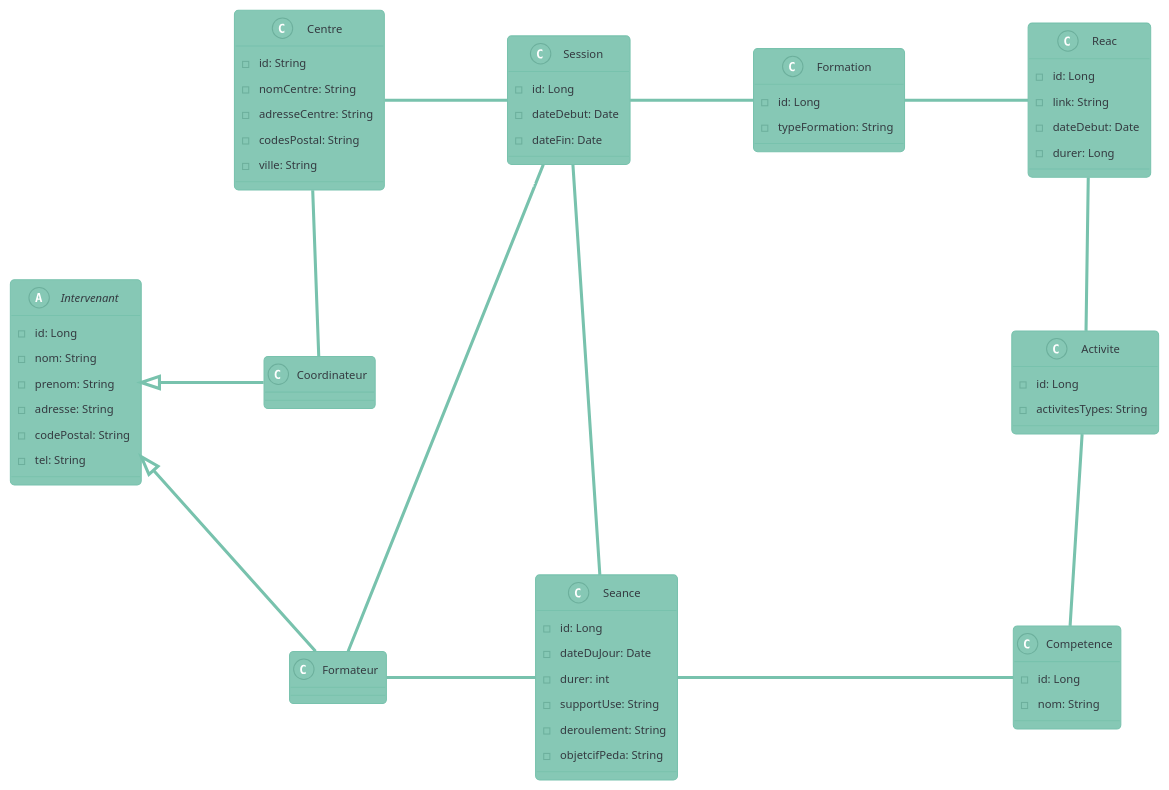
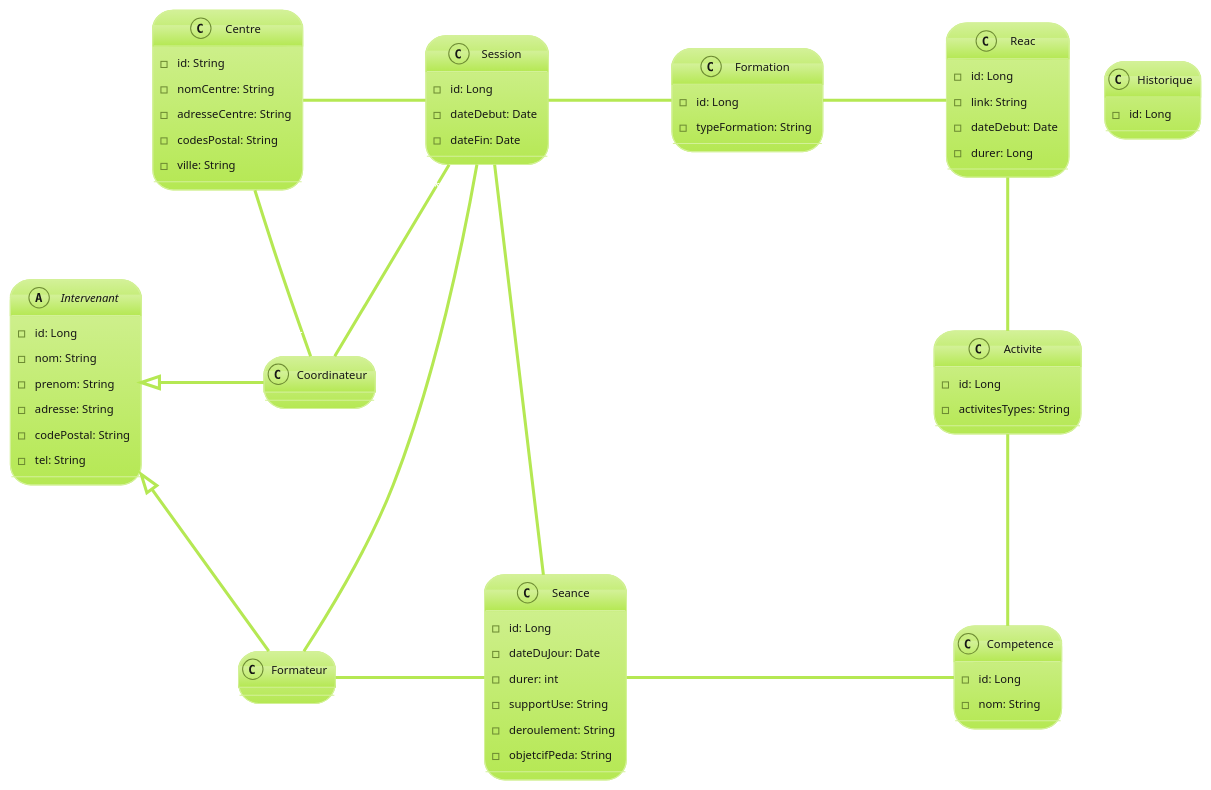
One commit to GreenHawk-99/AppGreta changed the diagram in doc/ClassDiagram.puml. Above: the diagram before and after it, drawn with PlantUML. The commit also changed 16 other files, not shown here.

```diff
--- a/doc/ClassDiagram.puml
+++ b/doc/ClassDiagram.puml
@@ -1,66 +1,70 @@
 @startuml
-!theme minty
+!theme hacker
 
 abstract class Intervenant {
 -id: Long
 -nom: String
 -prenom: String
 -adresse: String
 -codePostal: String
 -tel: String
 }
 class Coordinateur
 class Formateur
 class Seance {
 -id: Long
 -dateDuJour: Date
 -durer: int
 -supportUse: String
 -deroulement: String
 -objetcifPeda: String
 }
 class Centre {
 -id: String
 -nomCentre: String
 -adresseCentre: String
 -codesPostal: String
 -ville: String
 }
 class Session {
 -id: Long
 -dateDebut: Date
 -dateFin: Date
 }
 class Formation {
 -id: Long
 -typeFormation: String
 }
 class Reac {
 -id: Long
 -link: String
 -dateDebut: Date
 -durer: Long
 }
 class Activite {
 -id: Long
 -activitesTypes: String
 }
 class Competence {
 -id: Long
 -nom: String
 }
+class Historique{
+-id: Long
+}
 
 
 Intervenant <|- Coordinateur :"\t\t\t"
 Intervenant <|-- Formateur :"\t\t\t"
 Formateur "1" - "*" Seance :"\t\t\t\t"
 Session "*" - "*" Formateur :"\t"
-Centre "*" -- "1" Coordinateur :"\t\t\t"
+Centre "*" -- "*" Coordinateur :"\t\t\t"
 Centre "1" - "*" Session :"\t\t\t"
-Session "1" - "*" Seance :"\t\t\t"
+Session "*" -- "1" Coordinateur
+Session "1" - "*" Seance :"\t"
 Session "*" - "1" Formation :"\t\t\t"
 Formation "1" - "*" Reac :"\t\t\t"
 Reac "1" -- "*" Activite :"\t\t\t"
 Activite "1" -- "*" Competence :"\t\t\t"
 Seance "*" - "1..*" Competence :"\t\t\t\t\t\t\t\t\t\t\t"
 @enduml
```
